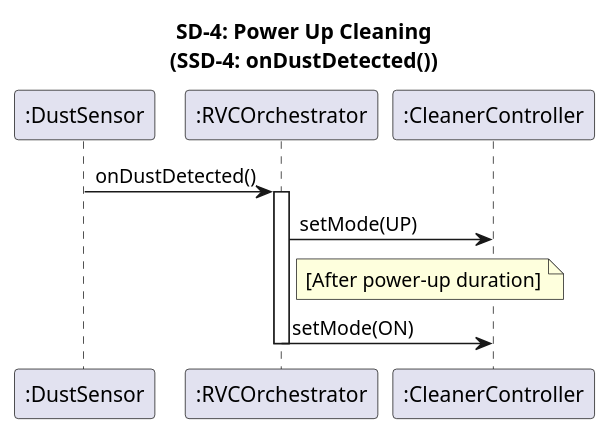
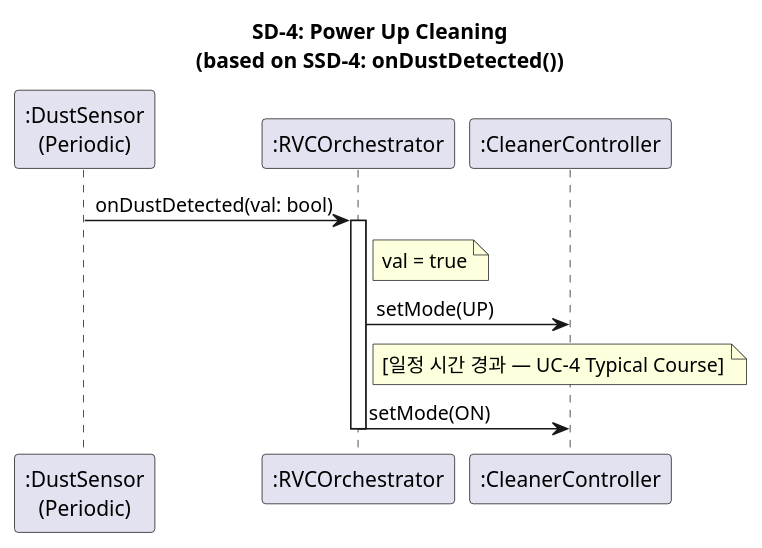
One commit to OOP-konkuk/CICD-Team7 changed the fourth of 4 diagrams in docs/vibe-coding/03-ood/sequence-diagrams.mdx. Above: the diagram before and after it, drawn with PlantUML. The commit also changed other lines of this file and 25 other files, not shown here.

````diff
--- a/docs/vibe-coding/03-ood/sequence-diagrams.mdx
+++ b/docs/vibe-coding/03-ood/sequence-diagrams.mdx
@@ -154,16 +162,17 @@
 ```plantuml
 @startuml SD4_PowerUpCleaning
-title SD-4: Power Up Cleaning\n(SSD-4: onDustDetected())
+title SD-4: Power Up Cleaning\n(based on SSD-4: onDustDetected())
 
-participant ":DustSensor" as DS
+participant ":DustSensor\n(Periodic)" as DS
 participant ":RVCOrchestrator" as Orch
 participant ":CleanerController" as Cleaner
 
-DS -> Orch : onDustDetected()
+DS -> Orch : onDustDetected(val: bool)
 activate Orch
+note right of Orch : val = true
 Orch -> Cleaner : setMode(UP)
-note right of Orch : [After power-up duration]
+note right of Orch : [일정 시간 경과 — UC-4 Typical Course]
 Orch -> Cleaner : setMode(ON)
 deactivate Orch
 @enduml
 ```
````
